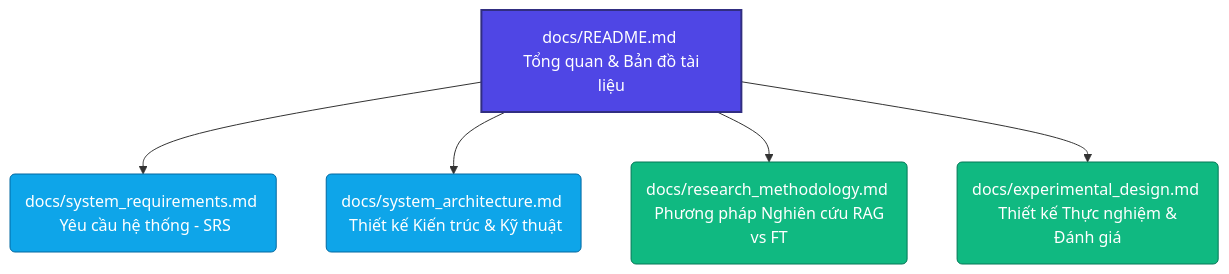
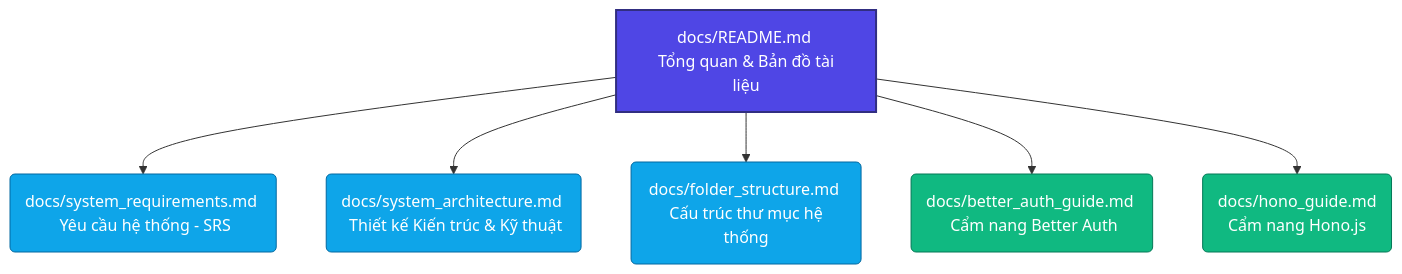
Before and after one commit to lgdlong/chatbot-rag-fptu: the diagram in docs/README.md, drawn with Mermaid. The commit also changed other lines of this file and 4 other files, not shown here.

````diff
--- a/docs/README.md
+++ b/docs/README.md
@@ -23,13 +22,15 @@
 ```mermaid
 graph TD
     A[docs/README.md <br> Tổng quan & Bản đồ tài liệu] --> B(docs/system_requirements.md <br> Yêu cầu hệ thống - SRS)
     A --> C(docs/system_architecture.md <br> Thiết kế Kiến trúc & Kỹ thuật)
-    A --> D(docs/research_methodology.md <br> Phương pháp Nghiên cứu RAG vs FT)
-    A --> E(docs/experimental_design.md <br> Thiết kế Thực nghiệm & Đánh giá)
+    A --> D(docs/folder_structure.md <br> Cấu trúc thư mục hệ thống)
+    A --> E(docs/better_auth_guide.md <br> Cẩm nang Better Auth)
+    A --> F(docs/hono_guide.md <br> Cẩm nang Hono.js)
     
     style A fill:#4F46E5,stroke:#312E81,stroke-width:2px,color:#fff
     style B fill:#0EA5E9,stroke:#0369A1,stroke-width:1px,color:#fff
     style C fill:#0EA5E9,stroke:#0369A1,stroke-width:1px,color:#fff
-    style D fill:#10B981,stroke:#047857,stroke-width:1px,color:#fff
+    style D fill:#0EA5E9,stroke:#0369A1,stroke-width:1px,color:#fff
     style E fill:#10B981,stroke:#047857,stroke-width:1px,color:#fff
+    style F fill:#10B981,stroke:#047857,stroke-width:1px,color:#fff
 ```
````
